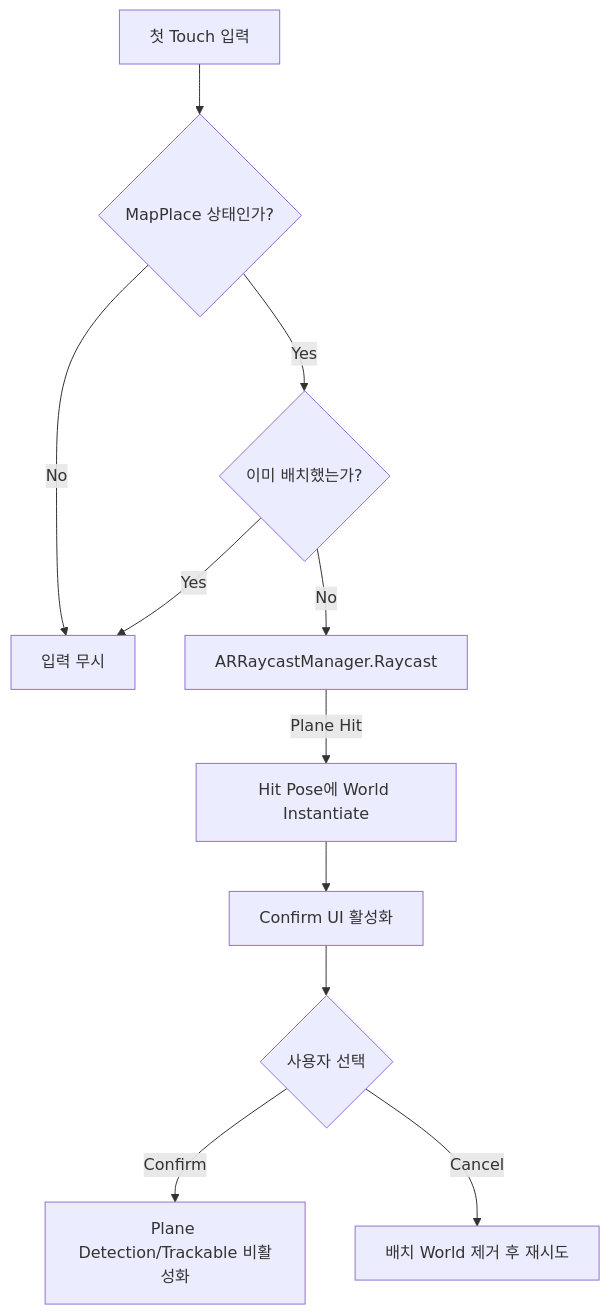
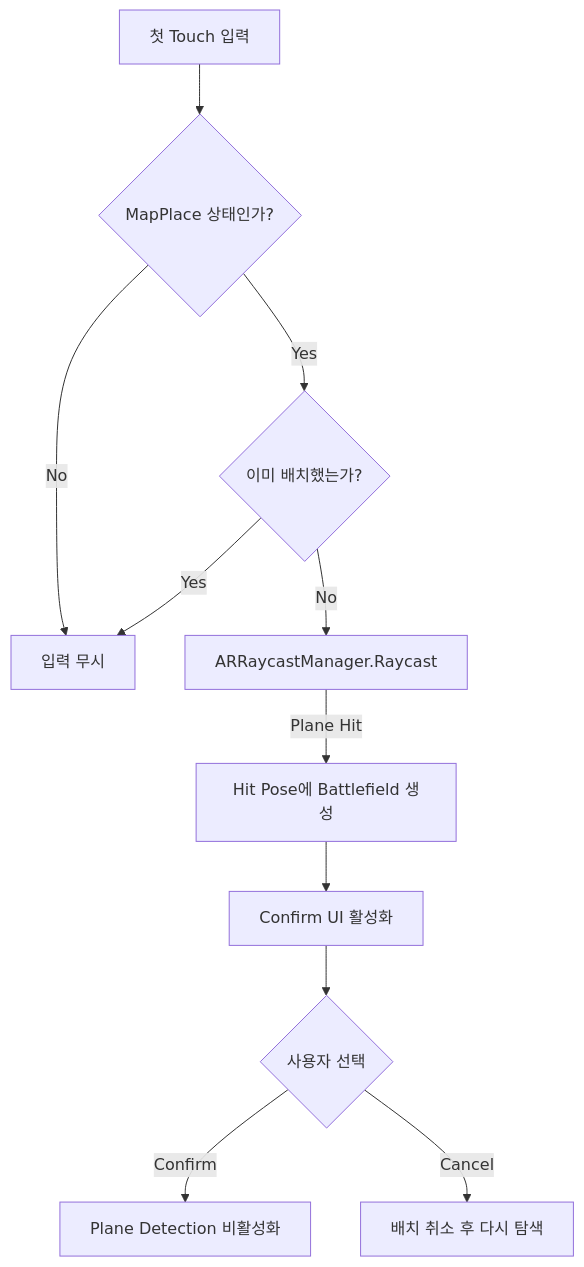
One commit to DuckBaee/AR-Autobattler-Code-Portfolio changed the diagram in Docs/ARIntegration.md. Above: the diagram before and after it, drawn with Mermaid. The commit also changed other lines of this file and 5 other files, not shown here.

````diff
--- a/Docs/ARIntegration.md
+++ b/Docs/ARIntegration.md
@@ -19,13 +9,13 @@
 ```mermaid
 flowchart TD
     Input[첫 Touch 입력] --> State{MapPlace 상태인가?}
     State -->|No| Ignore[입력 무시]
     State -->|Yes| Placed{이미 배치했는가?}
     Placed -->|Yes| Ignore
     Placed -->|No| Raycast[ARRaycastManager.Raycast]
-    Raycast -->|Plane Hit| Spawn[Hit Pose에 World Instantiate]
+    Raycast -->|Plane Hit| Spawn[Hit Pose에 Battlefield 생성]
     Spawn --> ConfirmUI[Confirm UI 활성화]
     ConfirmUI --> Choice{사용자 선택}
-    Choice -->|Confirm| Disable[Plane Detection/Trackable 비활성화]
-    Choice -->|Cancel| Destroy[배치 World 제거 후 재시도]
+    Choice -->|Confirm| Disable[Plane Detection 비활성화]
+    Choice -->|Cancel| Destroy[배치 취소 후 다시 탐색]
 ```
````
